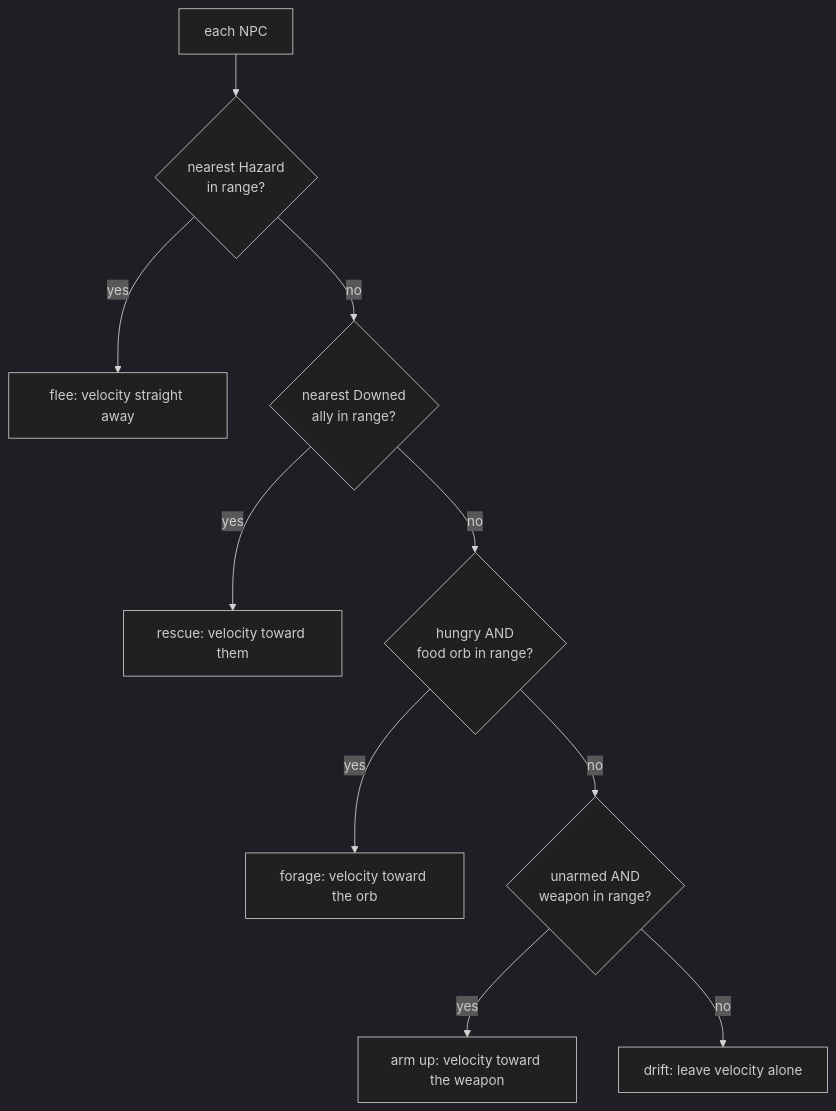
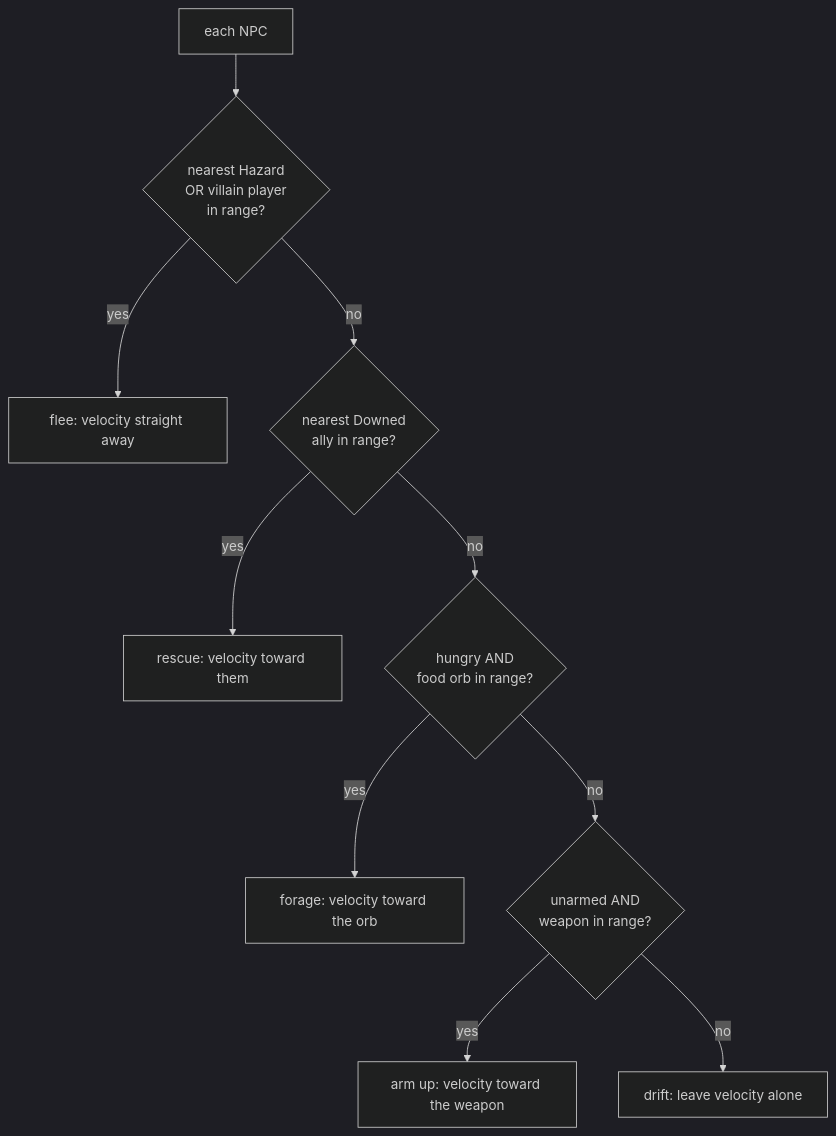
The diagram in docs/engine/npc-behaviour.md (IsItJeff/game-engine), drawn with Mermaid (dark theme) before and after one commit. The commit also changed other lines of this file and 4 other files, not shown here.

````diff
--- a/docs/engine/npc-behaviour.md
+++ b/docs/engine/npc-behaviour.md
@@ -40,12 +40,12 @@
 ```mermaid
 flowchart TD
-  npc[each NPC] --> haz{nearest Hazard<br/>in range?}
+  npc[each NPC] --> haz{nearest Hazard<br/>OR villain player<br/>in range?}
   haz -->|yes| flee[flee: velocity straight away]
   haz -->|no| dwn{nearest Downed<br/>ally in range?}
   dwn -->|yes| rescue[rescue: velocity toward them]
   dwn -->|no| hun{hungry AND<br/>food orb in range?}
   hun -->|yes| forage[forage: velocity toward the orb]
   hun -->|no| arm{unarmed AND<br/>weapon in range?}
   arm -->|yes| seek[arm up: velocity toward the weapon]
   arm -->|no| drift[drift: leave velocity alone]
 ```
````
